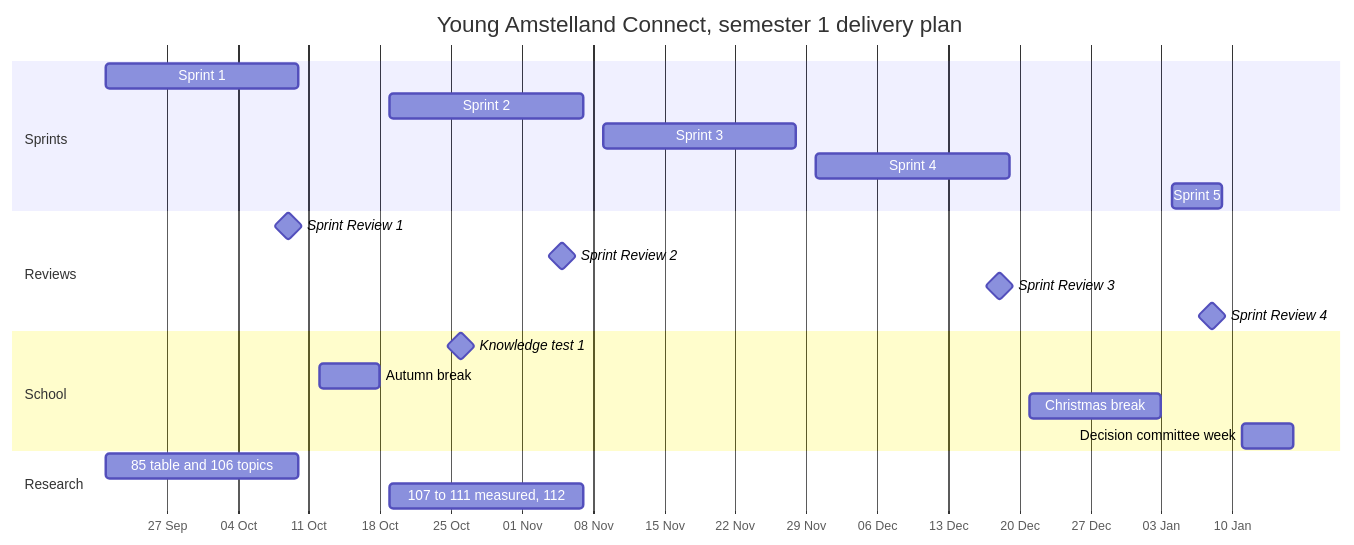
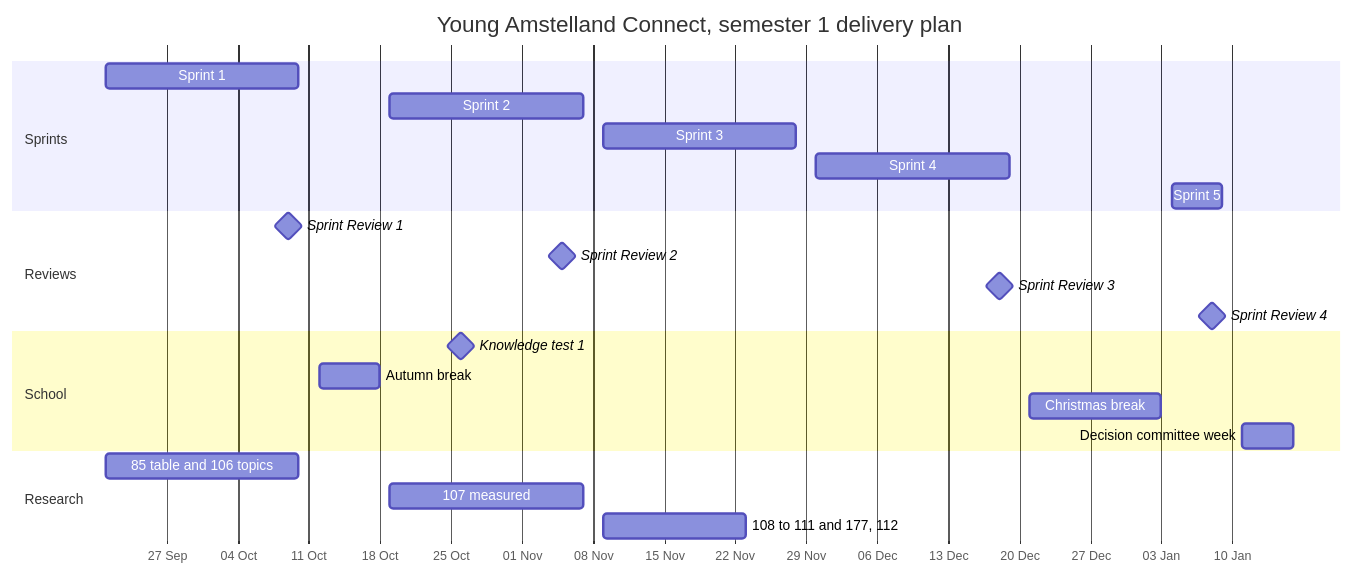
The diagram in docs/project/deliveryPlan.md (guruITA/connect-nine), drawn with Mermaid before and after one commit. The commit also changed other lines of this file and 3 other files, not shown here.

Commit message:
docs(project): R&D, architecture and security back to sprint 3, datapoint issues 189 to 195 per sprint (#1517)

````diff
--- a/docs/project/deliveryPlan.md
+++ b/docs/project/deliveryPlan.md
@@ -303,29 +307,30 @@
 ```mermaid
 gantt
     title Young Amstelland Connect, semester 1 delivery plan
     dateFormat YYYY-MM-DD
     axisFormat %d %b
 
     section Sprints
     Sprint 1                       :s1, 2026-09-21, 2026-10-10
     Sprint 2                       :s2, 2026-10-19, 2026-11-07
     Sprint 3                       :s3, 2026-11-09, 2026-11-28
     Sprint 4                       :s4, 2026-11-30, 2026-12-19
     Sprint 5                       :s5, 2027-01-04, 2027-01-09
 
     section Reviews
     Sprint Review 1                :milestone, sr1, 2026-10-09, 0d
     Sprint Review 2                :milestone, sr2, 2026-11-05, 0d
     Sprint Review 3                :milestone, sr3, 2026-12-18, 0d
     Sprint Review 4                :milestone, sr4, 2027-01-08, 0d
 
     section School
     Knowledge test 1               :milestone, kt1, 2026-10-26, 0d
     Autumn break                   :ab, 2026-10-12, 2026-10-18
     Christmas break                :cb, 2026-12-21, 2027-01-03
     Decision committee week        :dc, 2027-01-11, 2027-01-16
 
     section Research
     85 table and 106 topics     :r1, 2026-09-21, 2026-10-10
-    107 to 111 measured, 112       :r2, 2026-10-19, 2026-11-07
+    107 measured                   :r2, 2026-10-19, 2026-11-07
+    108 to 111 and 177, 112        :r3, 2026-11-09, 2026-11-23
 ```
````
